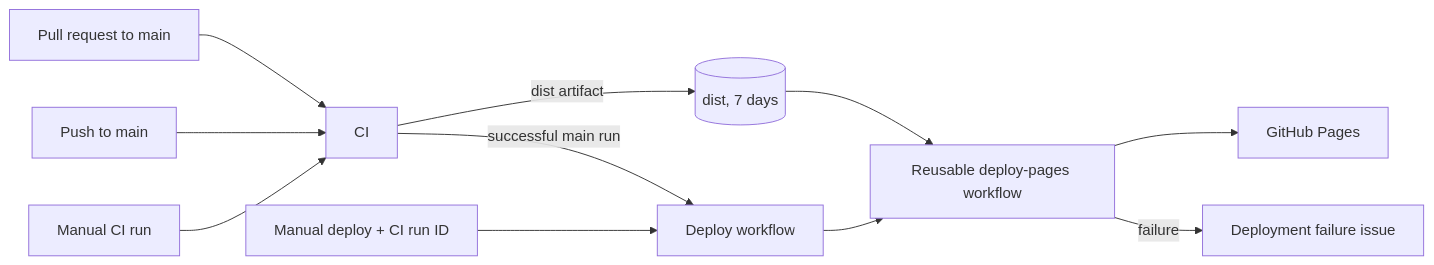
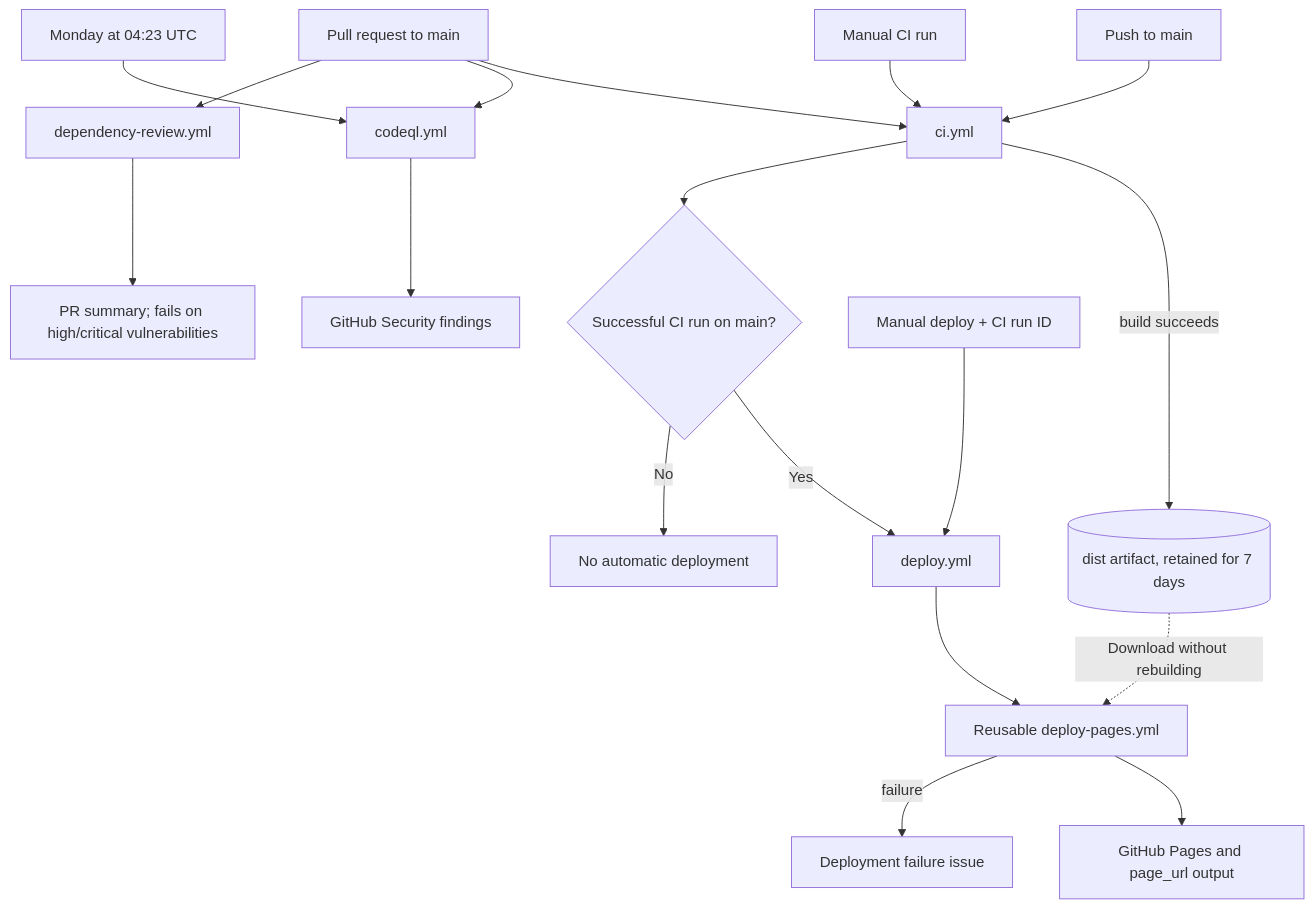
Before and after one commit to josema-muniz-plain/pomodoro-knight: the first of 5 diagrams in docs/workflows.md, drawn with Mermaid. The commit also changed other lines of this file and 107 other files, not shown here.

````diff
--- a/docs/workflows.md
+++ b/docs/workflows.md
@@ -17,13 +19,20 @@
 ```mermaid
-flowchart LR
-  PR[Pull request to main] --> CI[CI]
+flowchart TD
+  PR[Pull request to main] --> CI[ci.yml]
   Push[Push to main] --> CI
   ManualCI[Manual CI run] --> CI
-  CI -->|dist artifact| Artifact[(dist, 7 days)]
-  CI -->|successful main run| Deploy[Deploy workflow]
+  PR --> CodeQL[codeql.yml]
+  Schedule[Monday at 04:23 UTC] --> CodeQL
+  CodeQL --> Security[GitHub Security findings]
+  PR --> Dependencies[dependency-review.yml]
+  Dependencies --> Review[PR summary; fails on high/critical vulnerabilities]
+  CI -->|build succeeds| Artifact[(dist artifact, retained for 7 days)]
+  CI --> Gate{Successful CI run on main?}
+  Gate -->|Yes| Deploy[deploy.yml]
+  Gate -->|No| Stop[No automatic deployment]
   ManualDeploy[Manual deploy + CI run ID] --> Deploy
-  Deploy --> PagesWorkflow[Reusable deploy-pages workflow]
-  Artifact --> PagesWorkflow
-  PagesWorkflow --> Pages[GitHub Pages]
+  Deploy --> PagesWorkflow[Reusable deploy-pages.yml]
+  Artifact -.->|Download without rebuilding| PagesWorkflow
+  PagesWorkflow --> Pages[GitHub Pages and page_url output]
   PagesWorkflow -->|failure| FailureIssue[Deployment failure issue]
 ```
````
